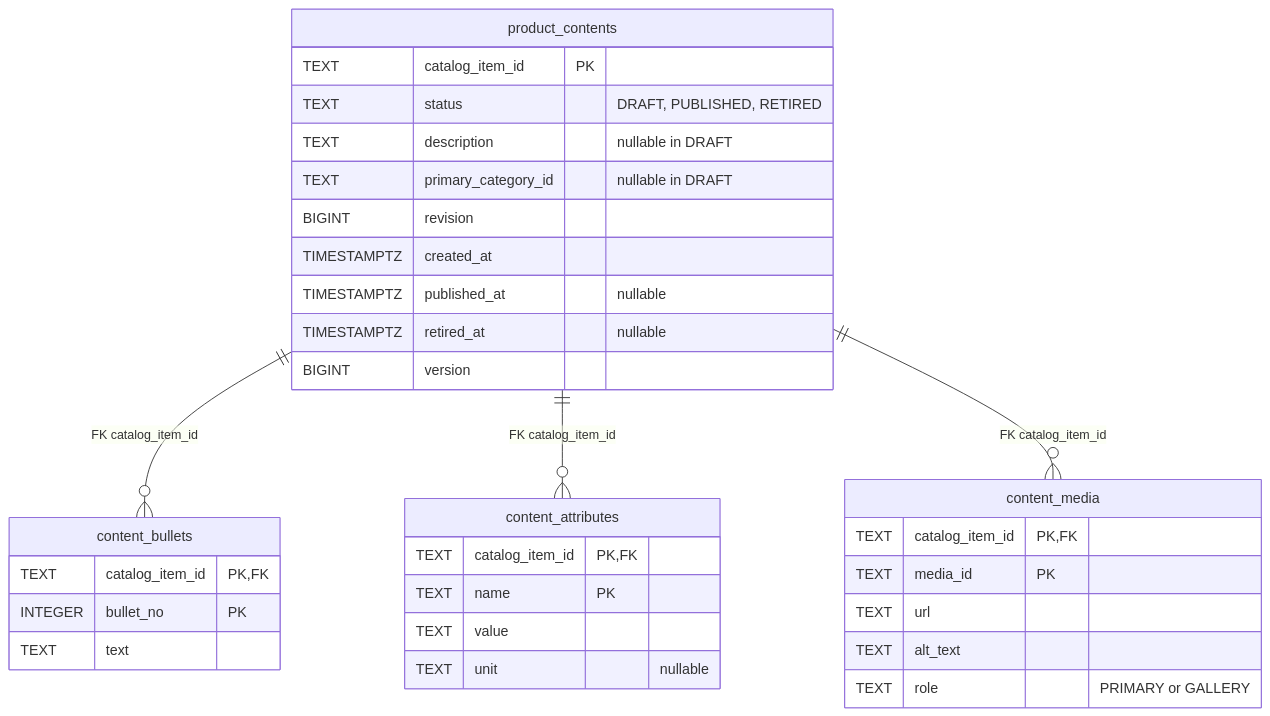
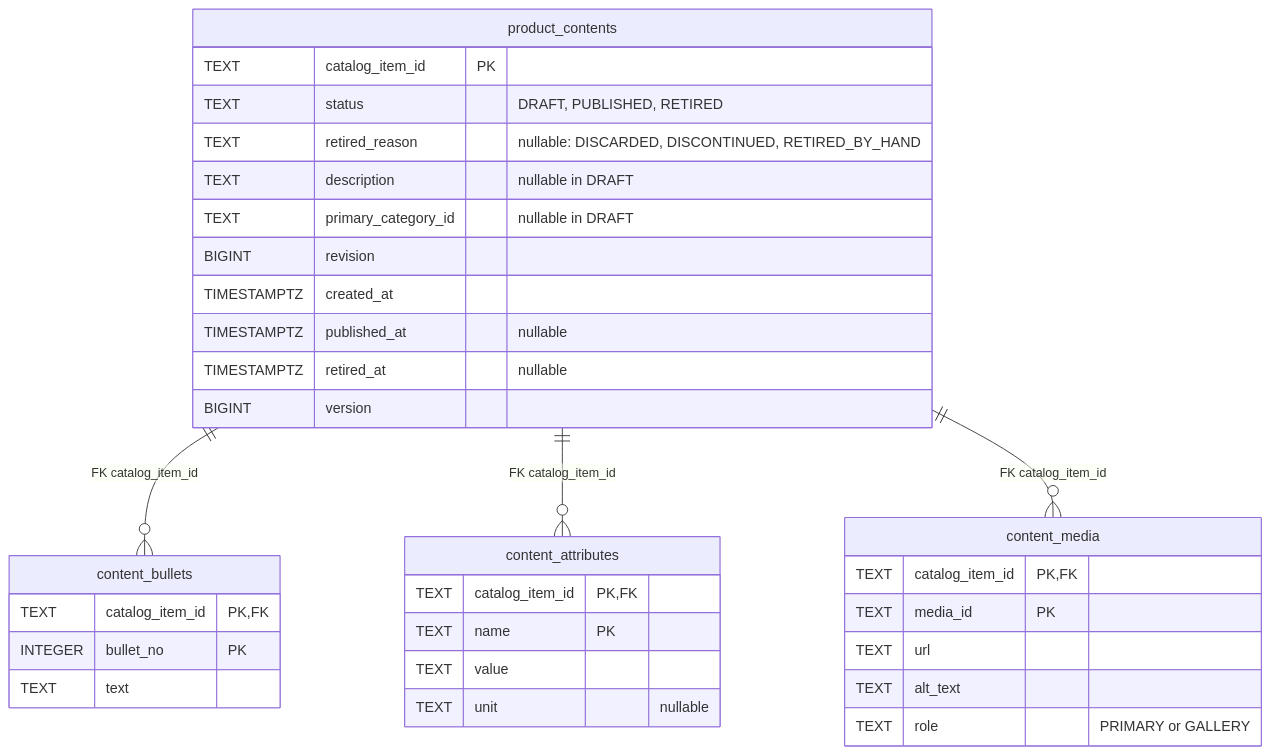
Before and after one commit to IQVO/warehouse-docs: the first of 5 diagrams in storefront/docs/contexts/product-content/entity-relationship.md, drawn with Mermaid. The commit also changed other lines of this file and 16 other files, not shown here.

````diff
--- a/storefront/docs/contexts/product-content/entity-relationship.md
+++ b/storefront/docs/contexts/product-content/entity-relationship.md
@@ -24,35 +24,36 @@
 ```mermaid
 erDiagram
     product_contents ||--o{ content_bullets : "FK catalog_item_id"
     product_contents ||--o{ content_attributes : "FK catalog_item_id"
     product_contents ||--o{ content_media : "FK catalog_item_id"
     product_contents {
         TEXT catalog_item_id PK
         TEXT status "DRAFT, PUBLISHED, RETIRED"
+        TEXT retired_reason "nullable: DISCARDED, DISCONTINUED, RETIRED_BY_HAND"
         TEXT description "nullable in DRAFT"
         TEXT primary_category_id "nullable in DRAFT"
         BIGINT revision
         TIMESTAMPTZ created_at
         TIMESTAMPTZ published_at "nullable"
         TIMESTAMPTZ retired_at "nullable"
         BIGINT version
     }
     content_bullets {
         TEXT catalog_item_id PK,FK
         INTEGER bullet_no PK
         TEXT text
     }
     content_attributes {
         TEXT catalog_item_id PK,FK
         TEXT name PK
         TEXT value
         TEXT unit "nullable"
     }
     content_media {
         TEXT catalog_item_id PK,FK
         TEXT media_id PK
         TEXT url
         TEXT alt_text
         TEXT role "PRIMARY or GALLERY"
     }
 ```
````
